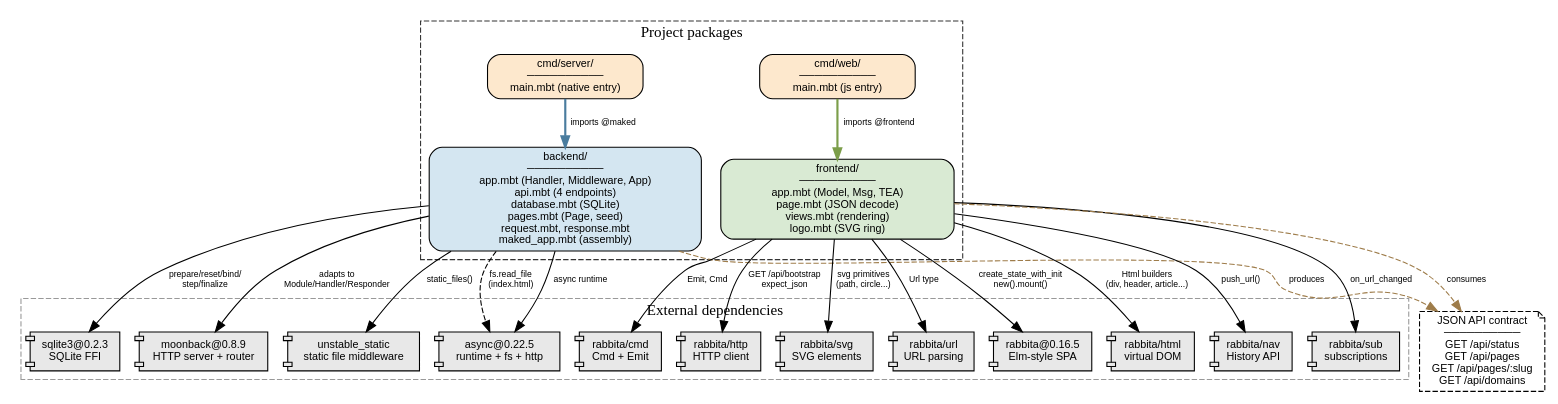
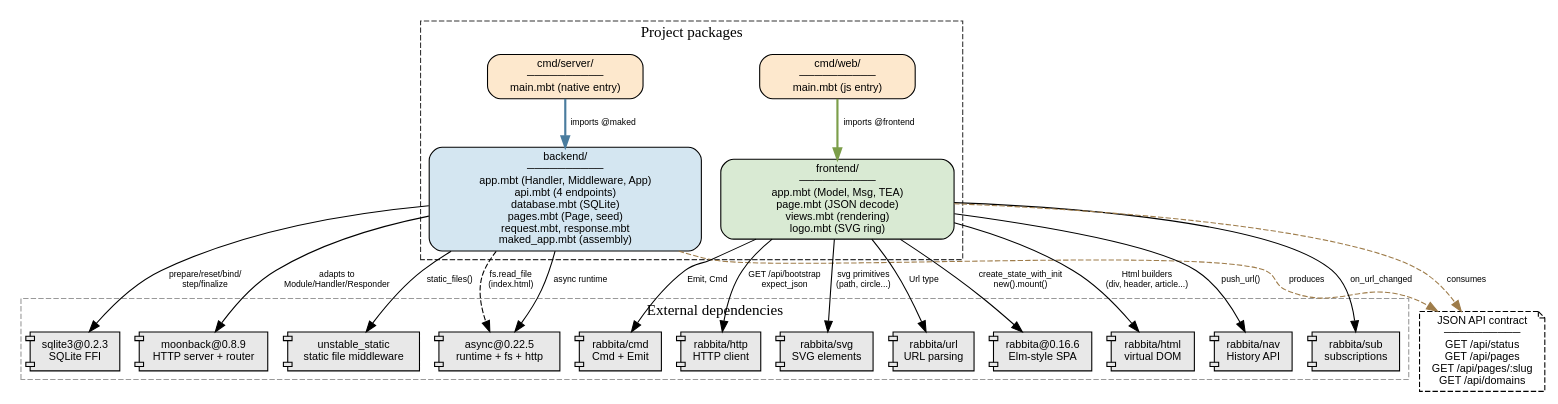
One commit to riantr/MAKED changed the diagram in architecture/dependencies.dot. Above: the diagram before and after it, drawn with Graphviz. The commit also changed 5 other files, not shown here.

```diff
--- a/architecture/dependencies.dot
+++ b/architecture/dependencies.dot
@@ -1,95 +1,95 @@
 // MAKED Dependency Graph &mdash; Graphviz DOT
 // Skill: dependency-impact-analyzer + graphviz
 //
 // Shows package-level dependencies with change-impact annotations.
 // Node size reflects blast radius (larger = more downstream impact).
 // Render: dot -Tsvg dependencies.dot -o dependencies.svg
 
 digraph maked_dependencies {
   rankdir=TB
   node [shape=box, style="rounded,filled", fontname="Helvetica", fontsize=10]
   edge [fontname="Helvetica", fontsize=8]
 
   // --- Internal packages (sized by blast radius) ---
   subgraph cluster_project {
     label="Project packages"
     style=dashed
     color="#333333"
 
     backend [
       label="backend/\n──────────\napp.mbt (Handler, Middleware, App)\napi.mbt (4 endpoints)\ndatabase.mbt (SQLite)\npages.mbt (Page, seed)\nrequest.mbt, response.mbt\nmaked_app.mbt (assembly)",
       fillcolor="#d4e6f1"
       width=3.5
     ]
 
     frontend [
       label="frontend/\n──────────\napp.mbt (Model, Msg, TEA)\npage.mbt (JSON decode)\nviews.mbt (rendering)\nlogo.mbt (SVG ring)",
       fillcolor="#d9ead3"
       width=3
     ]
 
     cmd_server [
       label="cmd/server/\n──────────\nmain.mbt (native entry)",
       fillcolor="#fde8cd"
       width=2
     ]
 
     cmd_web [
       label="cmd/web/\n──────────\nmain.mbt (js entry)",
       fillcolor="#fde8cd"
       width=2
     ]
   }
 
   // --- External dependencies ---
   subgraph cluster_external {
     label="External dependencies"
     style=dashed
     color="#999999"
     node [shape=component, fillcolor="#e8e8e8"]
 
     moonback [label="moonback@0.8.9\nHTTP server + router"]
     moonback_static [label="unstable_static\nstatic file middleware"]
     sqlite3 [label="sqlite3@0.2.3\nSQLite FFI"]
     async [label="async@0.22.5\nruntime + fs + http"]
-    rabbita [label="rabbita@0.16.5\nElm-style SPA"]
+    rabbita [label="rabbita@0.16.6\nElm-style SPA"]
     rabbita_html [label="rabbita/html\nvirtual DOM"]
     rabbita_nav [label="rabbita/nav\nHistory API"]
     rabbita_sub [label="rabbita/sub\nsubscriptions"]
     rabbita_cmd [label="rabbita/cmd\nCmd + Emit"]
     rabbita_http [label="rabbita/http\nHTTP client"]
     rabbita_svg [label="rabbita/svg\nSVG elements"]
     rabbita_url [label="rabbita/url\nURL parsing"]
   }
 
   // --- JSON contract (the only backend↔frontend link) ---
   json_contract [
     label="JSON API contract\n──────────\nGET /api/status\nGET /api/pages\nGET /api/pages/:slug\nGET /api/domains",
     shape=note
     fillcolor="#fce5cd"
     style=dashed
   ]
 
   // --- Internal edges ---
   cmd_server -> backend [label="imports @maked", penwidth=2, color="#4a7c9e"]
   cmd_web -> frontend [label="imports @frontend", penwidth=2, color="#7c9e4a"]
   backend -> json_contract [style=dashed, label="produces", color="#9e7c4a"]
   frontend -> json_contract [style=dashed, label="consumes", color="#9e7c4a"]
 
   // --- Backend external edges ---
   backend -> moonback [label="adapts to\nModule/Handler/Responder"]
   backend -> moonback_static [label="static_files()"]
   backend -> sqlite3 [label="prepare/reset/bind/\nstep/finalize"]
   backend -> async [label="async runtime"]
   backend -> async [label="fs.read_file\n(index.html)", style=dashed]
 
   // --- Frontend external edges ---
   frontend -> rabbita [label="create_state_with_init\nnew().mount()"]
   frontend -> rabbita_html [label="Html builders\n(div, header, article...)"]
   frontend -> rabbita_nav [label="push_url()"]
   frontend -> rabbita_sub [label="on_url_changed"]
   frontend -> rabbita_cmd [label="Emit, Cmd"]
   frontend -> rabbita_http [label="GET /api/bootstrap\nexpect_json"]
   frontend -> rabbita_svg [label="svg primitives\n(path, circle...)"]
   frontend -> rabbita_url [label="Url type"]
 }
```
